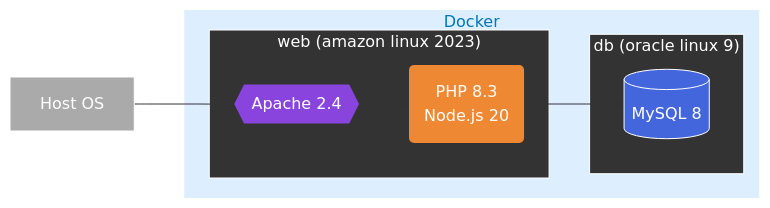
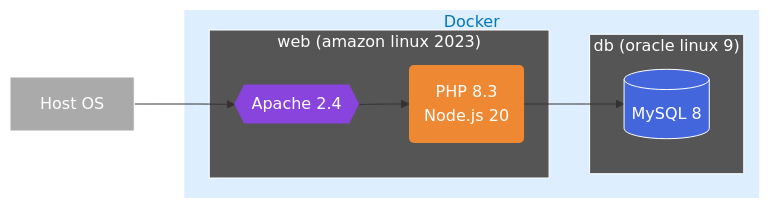
The diagram in README.md (gmdr1024/laravel-docker), drawn with Mermaid before and after one commit.

Commit message:
Update README.md
#9

````diff
--- a/README.md
+++ b/README.md
@@ -6,41 +6,41 @@
 ```mermaid
 flowchart LR
 
 %%外部要素
 OU1[Host OS]
 
 %%グループとサービス
 subgraph GS[Docker]
   subgraph GV["web (amazon linux 2023)"]
     NW1{{"Apache 2.4"}}
     CP1("PHP 8.3<br>Node.js 20")
   end
   subgraph GV2["db (oracle linux 9)"]
     DB1[("MySQL 8")]
   end
 end
 
 %%サービス同士の関係
 OU1 --> NW1
 NW1 --> CP1
 CP1 --> DB1
 
 %%グループのスタイル
 classDef SGS fill:#def,color:#07b,stroke:none
-classDef SGV fill:#333,color:#fff,stroke:#fff
+classDef SGV fill:#555,color:#fff,stroke:#fff
 
 class GS SGS
 class GV SGV
 class GV2 SGV
 
 %%サービスのスタイル
 classDef SOU fill:#aaa,color:#fff,stroke:#fff
 classDef SNW fill:#84d,color:#fff,stroke:none
 classDef SCP fill:#e83,color:#fff,stroke:none
 classDef SDB fill:#46d,color:#fff,stroke:#fff
 
 class OU1 SOU
 class NW1 SNW
 class CP1 SCP
 class DB1 SDB
 ```
````
